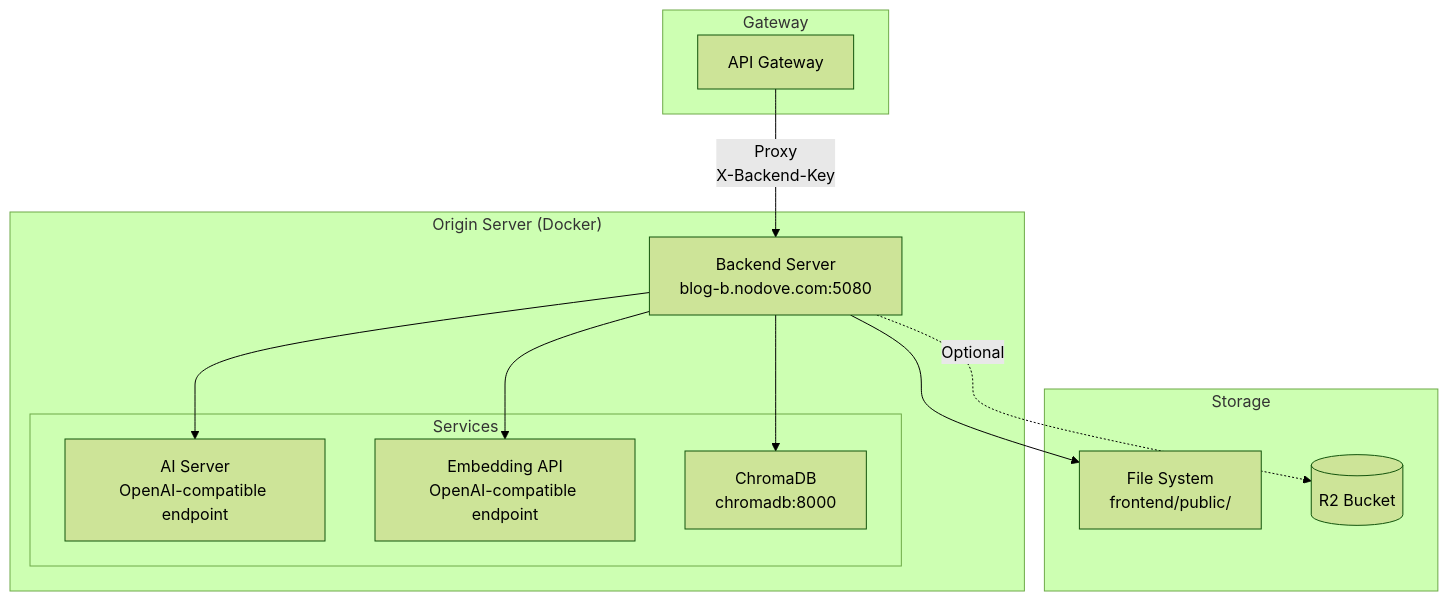
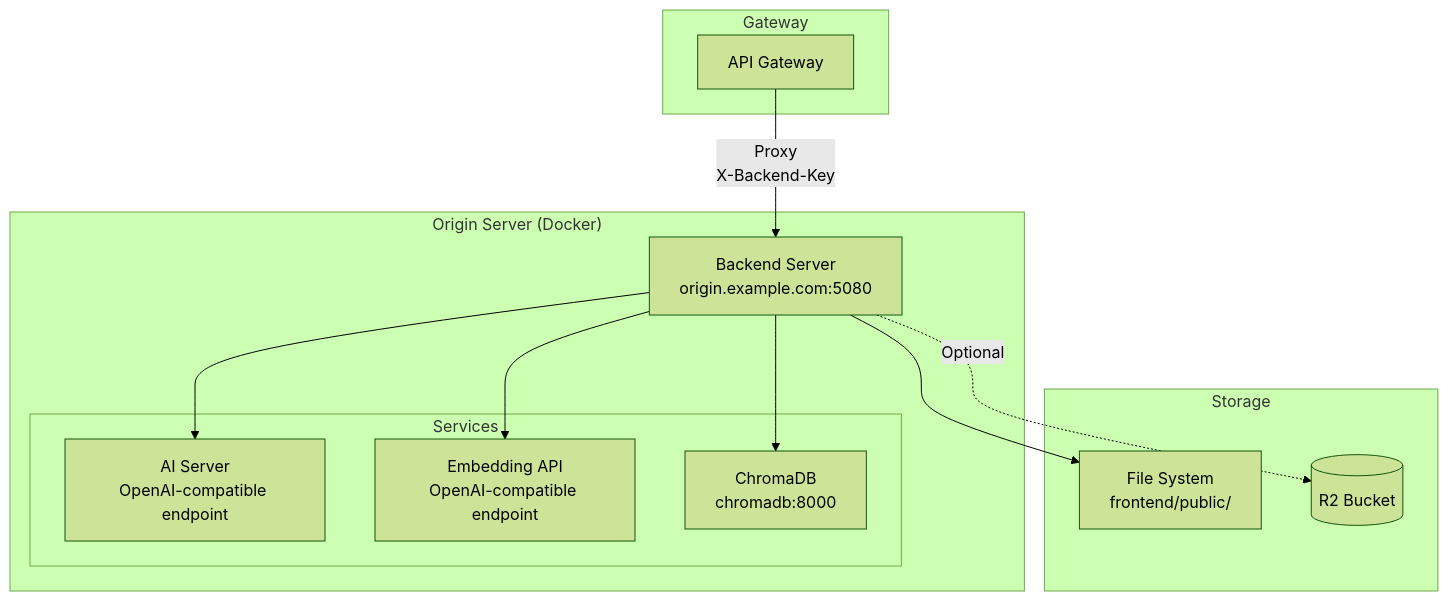
Before and after one commit to choisimo/blog: the first of 3 diagrams in backend/README.md, drawn with Mermaid (forest theme). The commit also changed other lines of this file and 11 other files, not shown here.

````diff
--- a/backend/README.md
+++ b/backend/README.md
@@ -43,28 +46,28 @@
 ```mermaid
 flowchart TB
     subgraph "Gateway"
         API_GW[API Gateway]
     end
 
     subgraph "Origin Server (Docker)"
-        BE[Backend Server<br/>blog-b.nodove.com:5080]
+        BE[Backend Server<br/>origin.example.com:5080]
 
         subgraph "Services"
             AI_SRV[AI Server<br/>OpenAI-compatible endpoint]
             EMBED[Embedding API<br/>OpenAI-compatible endpoint]
             CHROMA[ChromaDB<br/>chromadb:8000]
         end
     end
 
     subgraph "Storage"
         FS[File System<br/>frontend/public/]
         R2[(R2 Bucket)]
     end
 
     API_GW -->|Proxy<br/>X-Backend-Key| BE
     BE --> AI_SRV
     BE --> EMBED
     BE --> CHROMA
     BE --> FS
     BE -.->|Optional| R2
 ```
````
